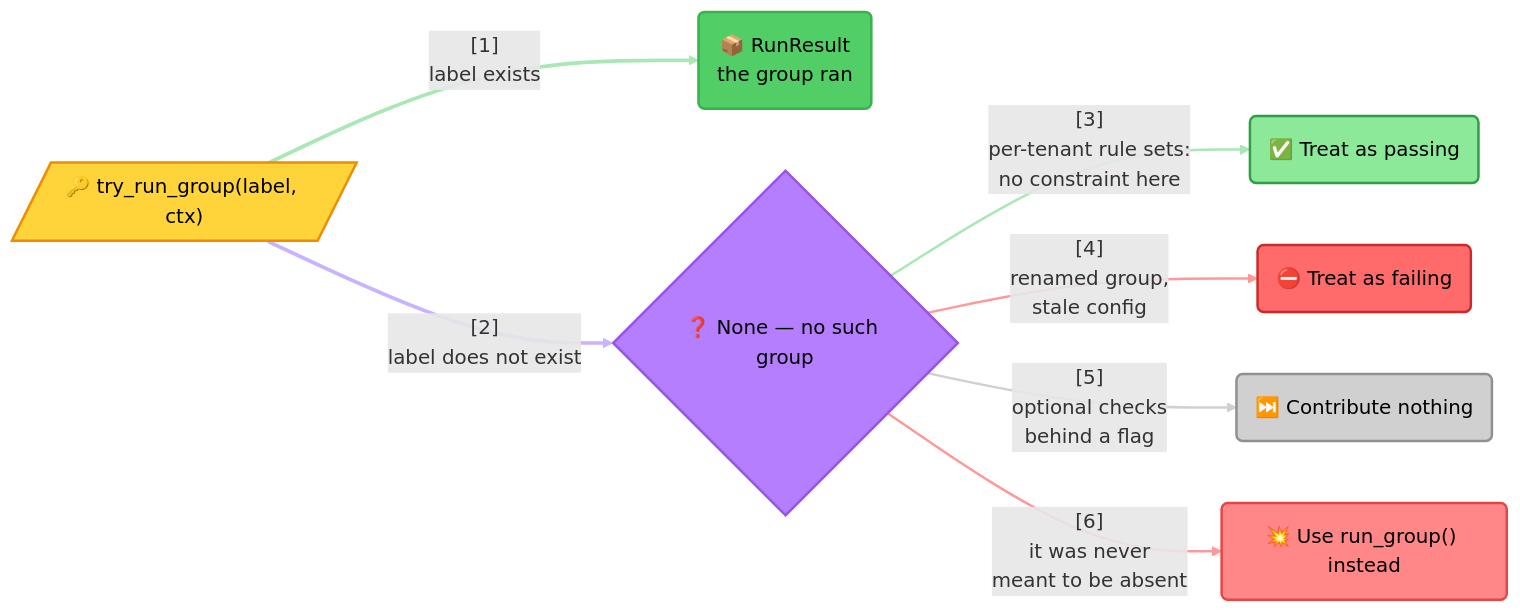
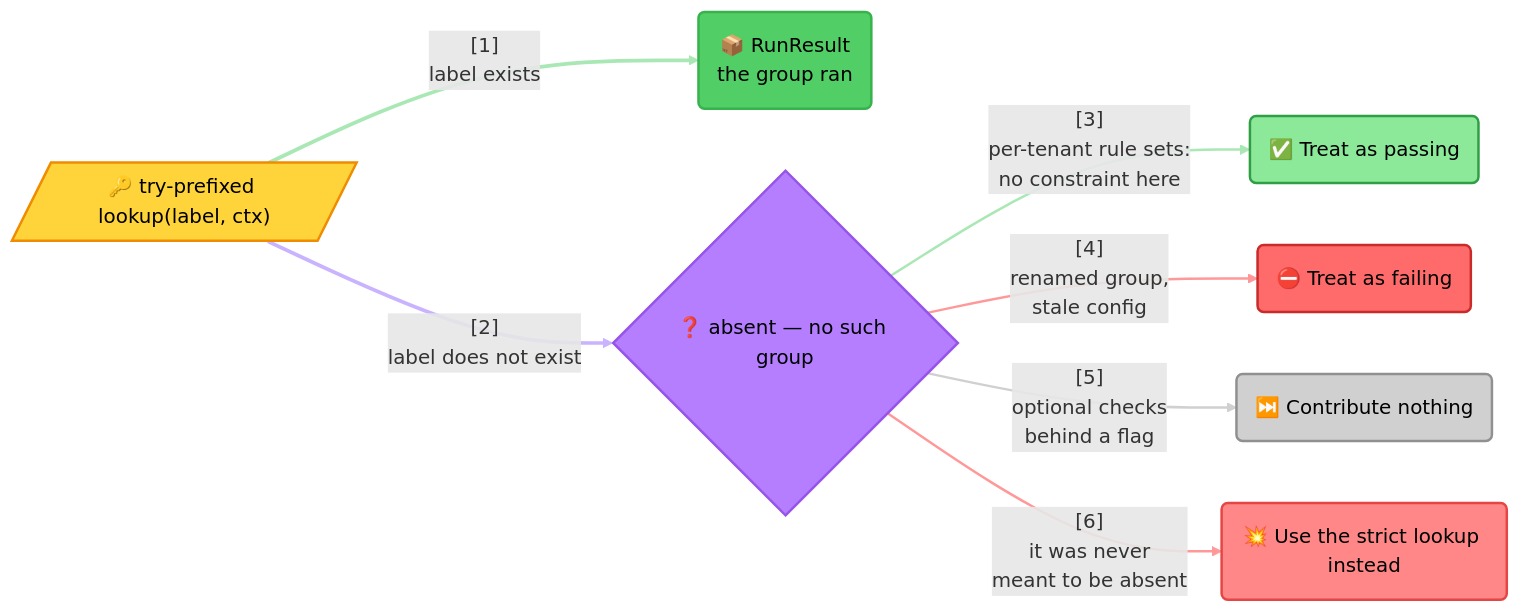
One commit to pawan-vyas/verdict-rules changed the diagram in docs/extending/absence-vs-failure/README.md. Above: the diagram before and after it, drawn with Mermaid. The commit also changed other lines of this file and 3 other files, not shown here.

````diff
--- a/docs/extending/absence-vs-failure/README.md
+++ b/docs/extending/absence-vs-failure/README.md
@@ -35,45 +36,45 @@
 ```mermaid
 graph LR
-    Lookup[/"🔑 try_run_group(label, ctx)"/]
+    Lookup[/"🔑 try-prefixed lookup(label, ctx)"/]
     Present("📦 RunResult<br/>the group ran")
-    Absent{"❓ None — no such group"}
+    Absent{"❓ absent — no such group"}
     Pass("✅ Treat as passing")
     Fail("⛔ Treat as failing")
     Skip("⏭️ Contribute nothing")
-    Raise("💥 Use run_group() instead")
+    Raise("💥 Use the strict lookup instead")
 
     %% Link 0: Lookup -> Present
     Lookup -->|"[1]<br/>label exists"| Present
     %% Link 1: Lookup -> Absent
     Lookup -->|"[2]<br/>label does not exist"| Absent
     %% Link 2: Absent -> Pass
     Absent -->|"[3]<br/>per-tenant rule sets:<br/>no constraint here"| Pass
     %% Link 3: Absent -> Fail
     Absent -->|"[4]<br/>renamed group,<br/>stale config"| Fail
     %% Link 4: Absent -> Skip
     Absent -->|"[5]<br/>optional checks<br/>behind a flag"| Skip
     %% Link 5: Absent -> Raise
     Absent -->|"[6]<br/>it was never<br/>meant to be absent"| Raise
 
     style Lookup fill:#FFD43B,stroke:#F08C00,stroke-width:2px,color:#000
     style Absent fill:#B47EFF,stroke:#9654E8,stroke-width:2px,color:#000
     style Present fill:#51CF66,stroke:#37B24D,stroke-width:2px,color:#000
     style Pass fill:#8CE99A,stroke:#2F9E44,stroke-width:2px,color:#000
     style Fail fill:#FF6B6B,stroke:#C92A2A,stroke-width:2px,color:#000
     style Skip fill:#D0D0D0,stroke:#909090,stroke-width:2px,color:#000
     style Raise fill:#FF8787,stroke:#E64545,stroke-width:2px,color:#000
 
     %% Link Index:
     %% 0: the label exists, so you get a RunResult like any other
-    %% 1: the label does not exist, so you get None
+    %% 1: the label does not exist, so you get the absent value
     %% 2: absence means no constraint applies
     %% 3: absence means the configuration is wrong
     %% 4: absence means skip, counting neither way
     %% 5: absence was never expected — the strict form says so immediately
     linkStyle 0 stroke:#A9E8B5,stroke-width:3px
     linkStyle 1 stroke:#C9B3FF,stroke-width:3px
     linkStyle 2 stroke:#A9E8B5,stroke-width:2px
     linkStyle 3 stroke:#FF9999,stroke-width:2px
     linkStyle 4 stroke:#D0D0D0,stroke-width:2px
     linkStyle 5 stroke:#FF9999,stroke-width:2px
 ```
````
